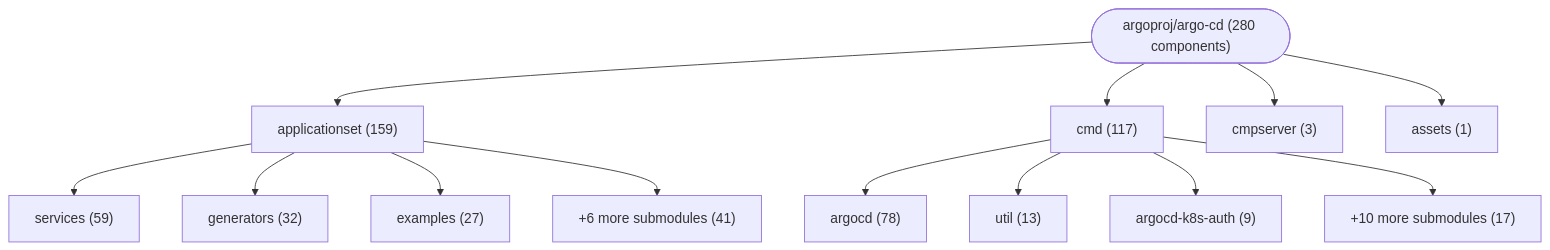
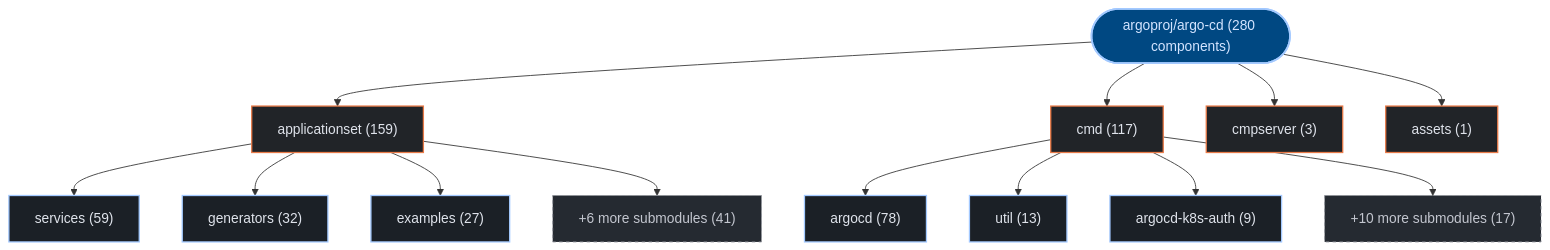
The first of 3 diagrams in exports/latest/reports/argoproj-argo-cd-report.md (kumarshaz/atruss-code-atlas), drawn with Mermaid before and after one commit. The commit also changed other lines of this file and 331 other files, not shown here.

Commit message:
docs,ui,fix: update SDLC docs, reorder CI/CD DAG first, stylize Mermaid, and fix Arc42 pipeline topology

````diff
--- a/exports/latest/reports/argoproj-argo-cd-report.md
+++ b/exports/latest/reports/argoproj-argo-cd-report.md
@@ -42,28 +42,35 @@
 ```mermaid
 graph TD;
-    repo_root(["argoproj/argo-cd (280 components)"])
-    dir_0_applicationset["applicationset (159)"]
+  classDef atlasRoot fill:#004882,stroke:#a3c9ff,stroke-width:2px,color:#d3e4ff
+  classDef atlasCategory fill:#212428,stroke:#E87A48,stroke-width:1.5px,color:#dfe3eb
+  classDef atlasWorkflow fill:#1b2026,stroke:#a3c9ff,stroke-width:1.5px,color:#dfe3eb
+  classDef atlasJob fill:#171c22,stroke:#8d9199,stroke-width:1px,color:#dfe3eb
+  classDef atlasTarget fill:#005227,stroke:#8bd99b,stroke-width:1.5px,color:#a7f6b6
+  classDef atlasAlert fill:#93000a,stroke:#ffb4ab,stroke-width:1.5px,color:#ffdad6
+  classDef atlasMore fill:#252a31,stroke:#8d9199,stroke-dasharray:4 4,color:#c3c6cf
+    repo_root(["argoproj/argo-cd (280 components)"]):::atlasRoot
+    dir_0_applicationset["applicationset (159)"]:::atlasCategory
     repo_root --> dir_0_applicationset
-    sub_0_0_services["services (59)"]
+    sub_0_0_services["services (59)"]:::atlasWorkflow
     dir_0_applicationset --> sub_0_0_services
-    sub_0_1_generators["generators (32)"]
+    sub_0_1_generators["generators (32)"]:::atlasWorkflow
     dir_0_applicationset --> sub_0_1_generators
-    sub_0_2_examples["examples (27)"]
+    sub_0_2_examples["examples (27)"]:::atlasWorkflow
     dir_0_applicationset --> sub_0_2_examples
-    sub_0_more["+6 more submodules (41)"]
+    sub_0_more["+6 more submodules (41)"]:::atlasMore
     dir_0_applicationset --> sub_0_more
-    dir_1_cmd["cmd (117)"]
+    dir_1_cmd["cmd (117)"]:::atlasCategory
     repo_root --> dir_1_cmd
-    sub_1_0_argocd["argocd (78)"]
+    sub_1_0_argocd["argocd (78)"]:::atlasWorkflow
     dir_1_cmd --> sub_1_0_argocd
-    sub_1_1_util["util (13)"]
+    sub_1_1_util["util (13)"]:::atlasWorkflow
     dir_1_cmd --> sub_1_1_util
-    sub_1_2_argocd_k8s_auth["argocd-k8s-auth (9)"]
+    sub_1_2_argocd_k8s_auth["argocd-k8s-auth (9)"]:::atlasWorkflow
     dir_1_cmd --> sub_1_2_argocd_k8s_auth
-    sub_1_more["+10 more submodules (17)"]
+    sub_1_more["+10 more submodules (17)"]:::atlasMore
     dir_1_cmd --> sub_1_more
-    dir_2_cmpserver["cmpserver (3)"]
+    dir_2_cmpserver["cmpserver (3)"]:::atlasCategory
     repo_root --> dir_2_cmpserver
-    dir_3_assets["assets (1)"]
+    dir_3_assets["assets (1)"]:::atlasCategory
     repo_root --> dir_3_assets
 ```
````
